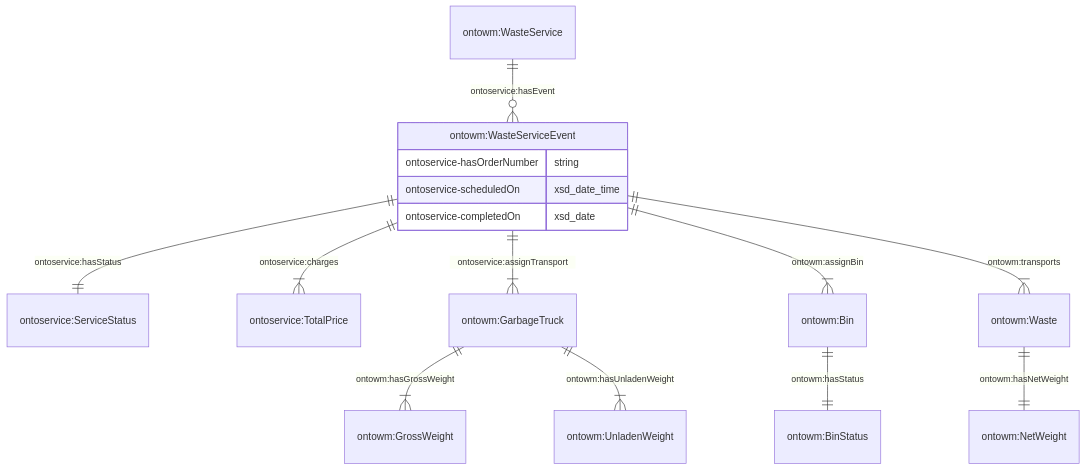
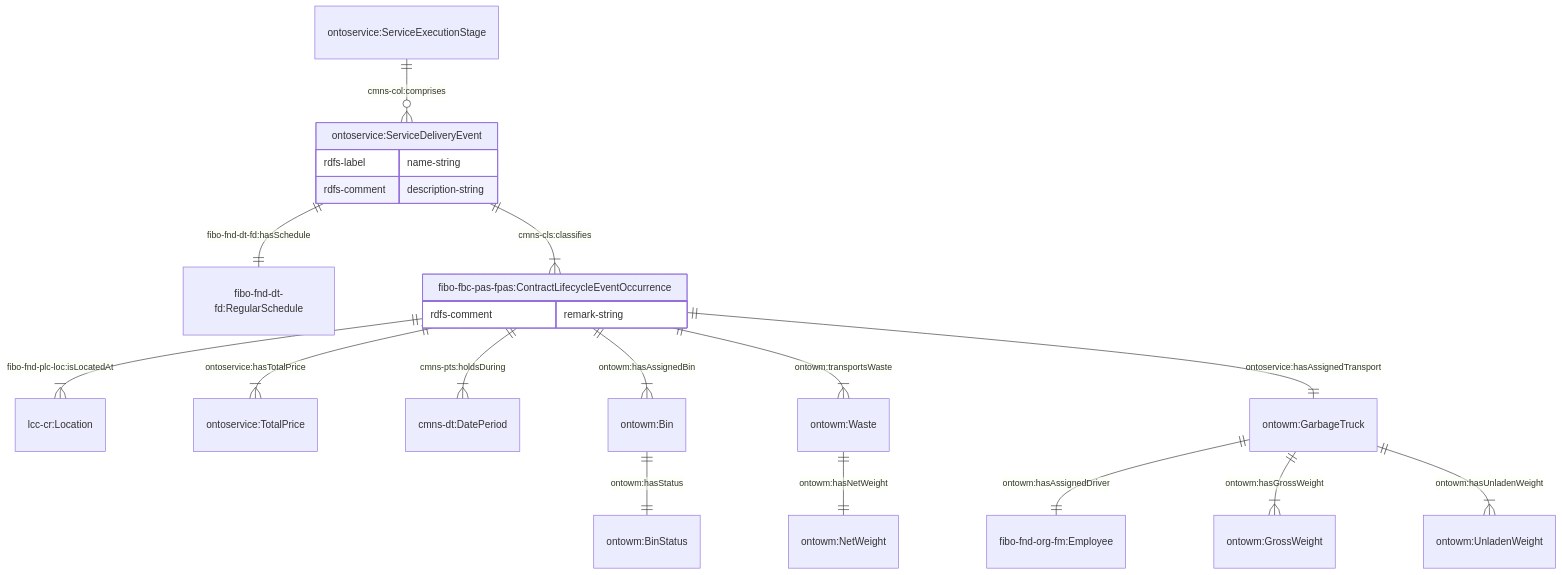
The fourth of 9 diagrams in JPS_Ontology/ontology/ontowastemanagement/README.md (cambridge-cares/TheWorldAvatar), drawn with Mermaid before and after one commit. The commit also changed other lines of this file and 2 other files, not shown here.

Commit message:
dev-ontowastemanagement: Updated to follow latest iteration of ontoservice

````diff
--- a/JPS_Ontology/ontology/ontowastemanagement/README.md
+++ b/JPS_Ontology/ontology/ontowastemanagement/README.md
@@ -176,23 +213,28 @@
 ```mermaid
     erDiagram
-    "ontowm:WasteService" ||--o{ "ontowm:WasteServiceEvent" : "ontoservice:hasEvent"
+    "ontoservice:ServiceExecutionStage" ||--o{ "ontoservice:ServiceDeliveryEvent" : "cmns-col:comprises"
+    "ontoservice:ServiceDeliveryEvent" {
+        rdfs-label name-string
+        rdfs-comment description-string
+    }
+    "ontoservice:ServiceDeliveryEvent" ||--|| "fibo-fnd-dt-fd:RegularSchedule" : "fibo-fnd-dt-fd:hasSchedule"
+    "ontoservice:ServiceDeliveryEvent" ||--|{ "fibo-fbc-pas-fpas:ContractLifecycleEventOccurrence" : "cmns-cls:classifies"
+    "fibo-fbc-pas-fpas:ContractLifecycleEventOccurrence" ||--|{ "lcc-cr:Location" : "fibo-fnd-plc-loc:isLocatedAt"
+    "fibo-fbc-pas-fpas:ContractLifecycleEventOccurrence" ||--|{ "ontoservice:TotalPrice" : "ontoservice:hasTotalPrice"
+    "fibo-fbc-pas-fpas:ContractLifecycleEventOccurrence" ||--|{ " cmns-dt:DatePeriod" : "cmns-pts:holdsDuring"
+    "fibo-fbc-pas-fpas:ContractLifecycleEventOccurrence" {
+        rdfs-comment remark-string
+    }
 
-    "ontowm:WasteServiceEvent" ||--|| "ontoservice:ServiceStatus" : "ontoservice:hasStatus"
-    "ontowm:WasteServiceEvent" ||--|{ "ontoservice:TotalPrice" : "ontoservice:charges"
-    "ontowm:WasteServiceEvent" ||--|{ "ontowm:GarbageTruck" : "ontoservice:assignTransport"
-
-    "ontowm:WasteServiceEvent" ||--|{ "ontowm:Bin" : "ontowm:assignBin"
+    "fibo-fbc-pas-fpas:ContractLifecycleEventOccurrence" ||--|{ "ontowm:Bin" : "ontowm:hasAssignedBin"
     "ontowm:Bin" ||--|| "ontowm:BinStatus" : "ontowm:hasStatus"
 
-    "ontowm:WasteServiceEvent" ||--|{ "ontowm:Waste" : "ontowm:transports"
+    "fibo-fbc-pas-fpas:ContractLifecycleEventOccurrence" ||--|{ "ontowm:Waste" : "ontowm:transportsWaste"
     "ontowm:Waste" ||--|| "ontowm:NetWeight" : "ontowm:hasNetWeight"
 
+    "fibo-fbc-pas-fpas:ContractLifecycleEventOccurrence" ||--|| "ontowm:GarbageTruck" : "ontoservice:hasAssignedTransport"
+    "ontowm:GarbageTruck" ||--|| "fibo-fnd-org-fm:Employee" : "ontowm:hasAssignedDriver"
     "ontowm:GarbageTruck" ||--|{ "ontowm:GrossWeight" : "ontowm:hasGrossWeight"
     "ontowm:GarbageTruck" ||--|{ "ontowm:UnladenWeight" : "ontowm:hasUnladenWeight"
 
-    "ontowm:WasteServiceEvent" {
-        ontoservice-hasOrderNumber string
-        ontoservice-scheduledOn xsd_date_time
-        ontoservice-completedOn xsd_date
-    }
 ```
````
